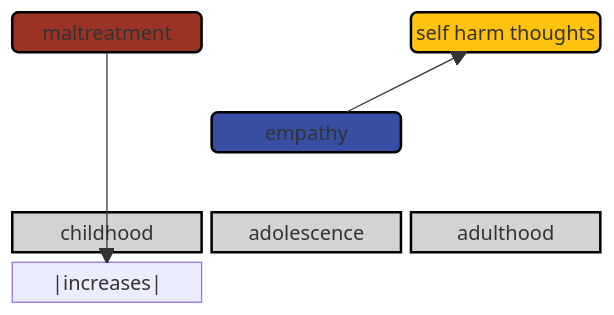
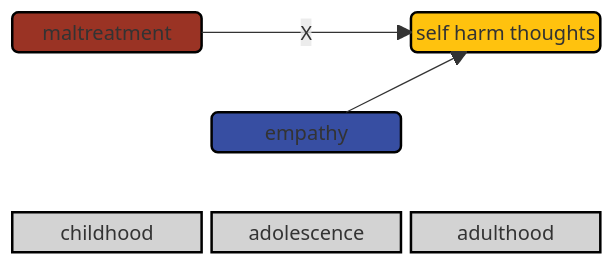
The second of 3 diagrams in empathy/README.md (agrogan1/closeread), drawn with Mermaid before and after one commit.

````diff
--- a/empathy/README.md
+++ b/empathy/README.md
@@ -37,26 +37,26 @@
 ```mermaid
 block
   columns 3
   m space sh
   space space space
   space e space
   space space space
   childhood adolescence adulthood
 
-  m("maltreatment") --> |increases| sh("self harm thoughts")
+  m("maltreatment") -- "X" --> sh("self harm thoughts")
 
   e("empathy") --> sh
 
   style m fill:#9A3324,stroke:#000000,stroke-width:2px,color:#FFFFFF;
 
   style e fill:#374EA2,stroke:#000000,stroke-width:2px,color:#FFFFFF;
 
   style sh fill:#FFC20E,stroke:#000000,stroke-width:2px,color:#000000;
 
   style childhood fill:#D3D3D3,stroke:#000000,stroke-width:2px,color:#000000;
 
   style adolescence fill:#D3D3D3,stroke:#000000,stroke-width:2px,color:#000000;
 
   style adulthood fill:#D3D3D3,stroke:#000000,stroke-width:2px,color:#000000;
 
 ```
````
